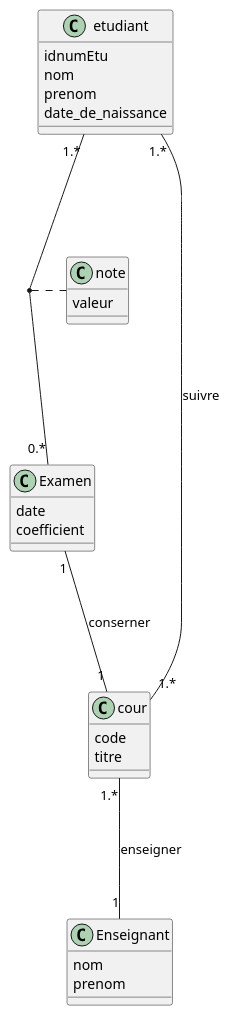
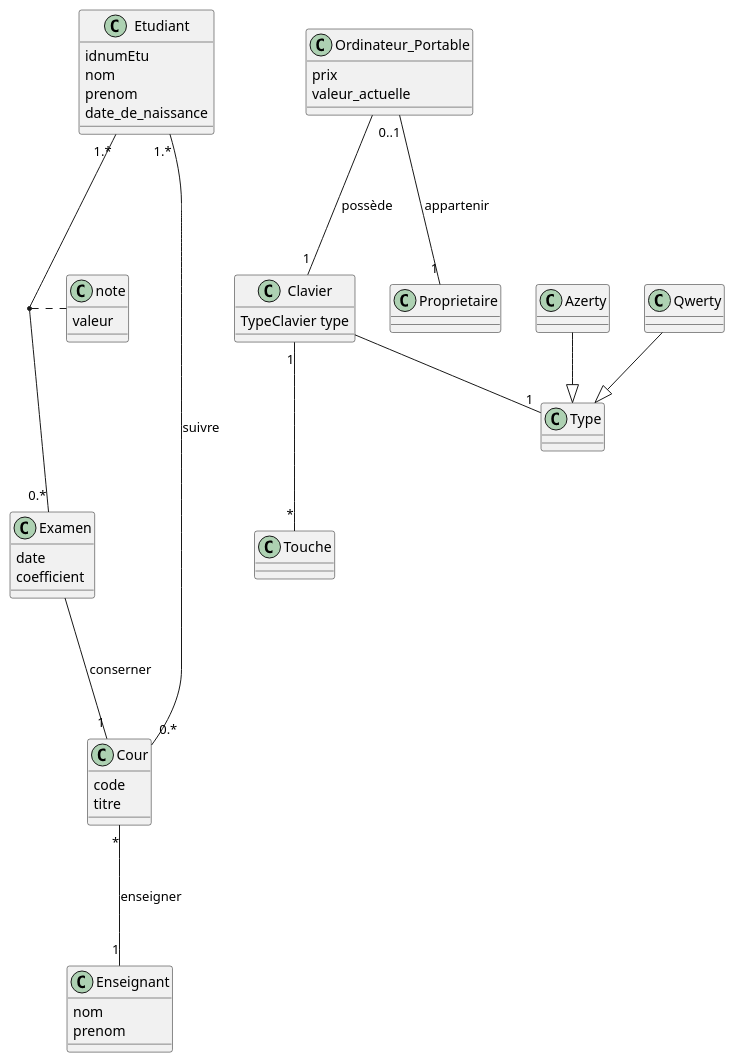
The diagram in TD1.2.1.plantuml (IUT-Blagnac/bcoo-Laurian-Dufrechou), drawn with PlantUML before and after one commit.

Commit message:
Fix 1.2.2: diagramme ordinateur portable

```diff
--- a/TD1.2.1.plantuml
+++ b/TD1.2.1.plantuml
@@ -2,43 +2,76 @@
 @startuml
 
 class Examen
 {
   date
   coefficient
 }
 
 class Enseignant
 {
   nom
   prenom
 }
 
-class etudiant
+class etudiant as "Etudiant"
 {
   idnumEtu
   nom
   prenom
   date_de_naissance
 }
 
-class cour
+class cour as "Cour"
 {
   code
   titre
 }
 
 etudiant "1.*" --- "0.*" Examen
 (etudiant, Examen) . note
 
-etudiant "1.*" --- "1.*" cour : suivre
+etudiant "1.*" --- "0.*" cour : suivre
 
-Examen "1" --- "1" cour : conserner
+Examen --- "1" cour : conserner
 
-cour "1.*" --- "1" Enseignant : enseigner
+cour "*" --- "1" Enseignant : enseigner
 
 class note
 {
   valeur
 }
 
+'----------------------------------
+
+
+class Ordinateur_Portable
+{
+  prix
+  valeur_actuelle
+}
+
+class clavier as "Clavier"
+{
+  TypeClavier type
+}
+
+class Type
+{
+}
+
+Azerty --|> Type
+Qwerty --|> Type
+
+class touche as "Touche"
+
+class propriétaire as "Proprietaire"
+
+Ordinateur_Portable "0..1" --- "1" propriétaire : appartenir
+
+Ordinateur_Portable " " --- "1" clavier : possède
+
+clavier "1" --- "*" touche
+
+clavier " " -- "1" Type
+
 @enduml
```
